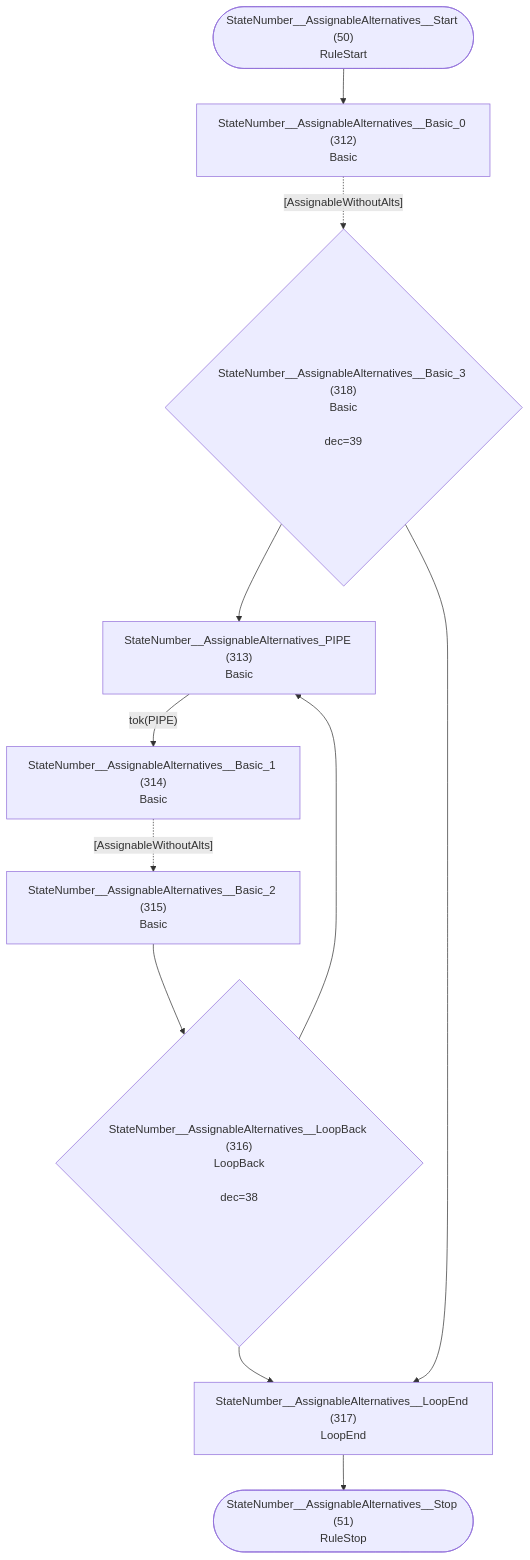
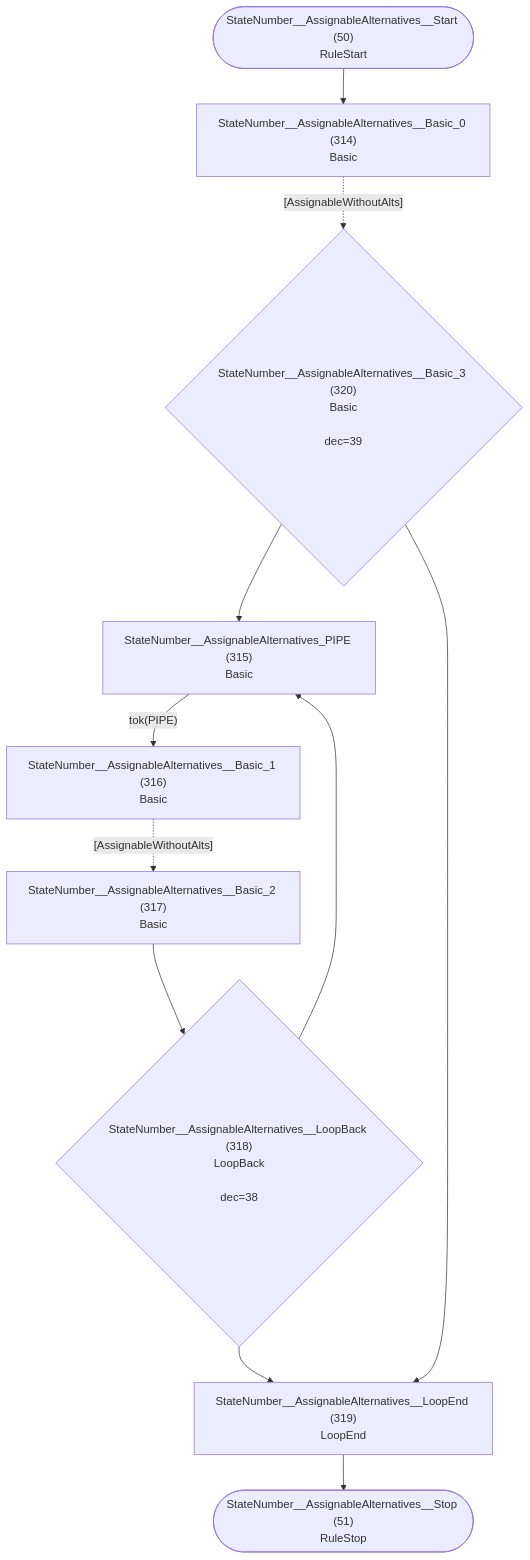
Diagram 26 of 33 in internal/grammar/atn.md (TypeFox/fastbelt), drawn with Mermaid before and after one commit. The commit also changed other lines of this file and 18 other files, not shown here.

````diff
--- a/internal/grammar/atn.md
+++ b/internal/grammar/atn.md
@@ -800,23 +805,23 @@
 ```mermaid
 flowchart TD
     q50(["StateNumber__AssignableAlternatives__Start (50)<br/>RuleStart"])
     q51(["StateNumber__AssignableAlternatives__Stop (51)<br/>RuleStop"])
-    q312["StateNumber__AssignableAlternatives__Basic_0 (312)<br/>Basic<br/>"]
-    q313["StateNumber__AssignableAlternatives_PIPE (313)<br/>Basic<br/>"]
-    q314["StateNumber__AssignableAlternatives__Basic_1 (314)<br/>Basic<br/>"]
-    q315["StateNumber__AssignableAlternatives__Basic_2 (315)<br/>Basic<br/>"]
-    q316{"StateNumber__AssignableAlternatives__LoopBack (316)<br/>LoopBack<br/><br/>dec=38"}
-    q317["StateNumber__AssignableAlternatives__LoopEnd (317)<br/>LoopEnd<br/>"]
-    q318{"StateNumber__AssignableAlternatives__Basic_3 (318)<br/>Basic<br/><br/>dec=39"}
+    q314["StateNumber__AssignableAlternatives__Basic_0 (314)<br/>Basic<br/>"]
+    q315["StateNumber__AssignableAlternatives_PIPE (315)<br/>Basic<br/>"]
+    q316["StateNumber__AssignableAlternatives__Basic_1 (316)<br/>Basic<br/>"]
+    q317["StateNumber__AssignableAlternatives__Basic_2 (317)<br/>Basic<br/>"]
+    q318{"StateNumber__AssignableAlternatives__LoopBack (318)<br/>LoopBack<br/><br/>dec=38"}
+    q319["StateNumber__AssignableAlternatives__LoopEnd (319)<br/>LoopEnd<br/>"]
+    q320{"StateNumber__AssignableAlternatives__Basic_3 (320)<br/>Basic<br/><br/>dec=39"}
 
-    q50 --> q312
-    q312 -.->|"[AssignableWithoutAlts]"| q318
-    q313 -->|"tok(PIPE)"| q314
-    q314 -.->|"[AssignableWithoutAlts]"| q315
-    q315 --> q316
-    q316 --> q313
-    q316 --> q317
-    q317 --> q51
-    q318 --> q313
-    q318 --> q317
+    q50 --> q314
+    q314 -.->|"[AssignableWithoutAlts]"| q320
+    q315 -->|"tok(PIPE)"| q316
+    q316 -.->|"[AssignableWithoutAlts]"| q317
+    q317 --> q318
+    q318 --> q315
+    q318 --> q319
+    q319 --> q51
+    q320 --> q315
+    q320 --> q319
 ```
````
